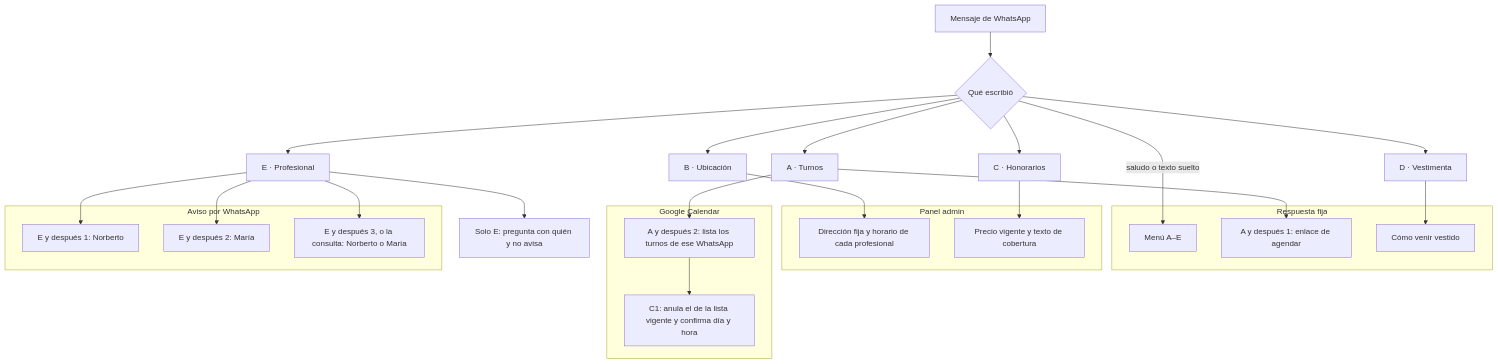
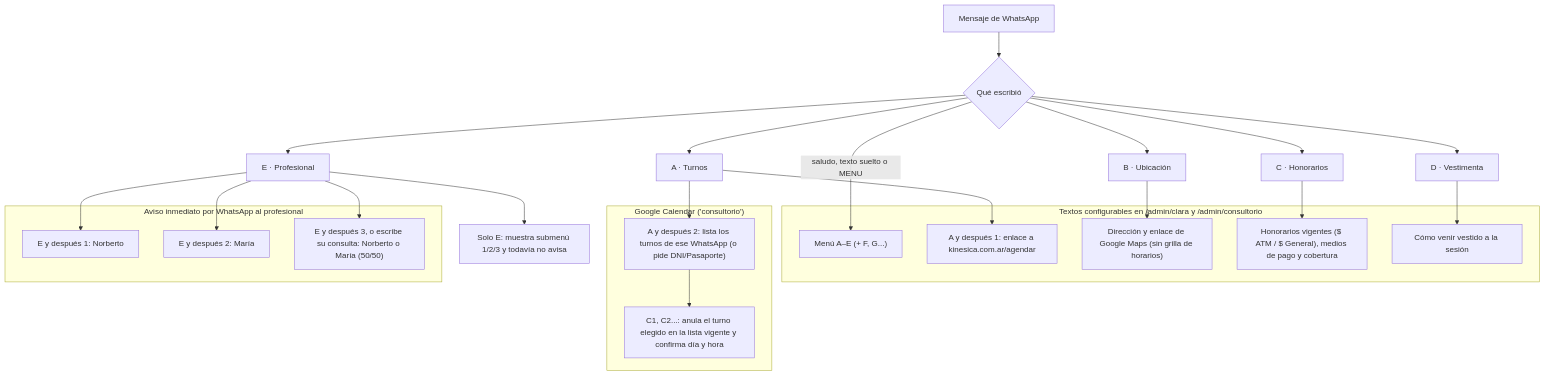
Before and after one commit to MartinBrude/kinesica: the first of 2 diagrams in docs/manual-clara.md, drawn with Mermaid. The commit also changed other lines of this file and 17 other files, not shown here.

Commit message:
chore(admin,docs): restringir manual y recursos de admin solo a usuarios autorizados y actualizar documentacion

````diff
--- a/docs/manual-clara.md
+++ b/docs/manual-clara.md
@@ -184,44 +194,41 @@
 ```mermaid
 flowchart TD
   msg["Mensaje de WhatsApp"] --> opcion{"Qué escribió"}
 
-  opcion -->|"saludo o texto suelto"| menu["Menú A–E"]
+  opcion -->|"saludo, texto suelto o MENU"| menu["Menú A–E (+ F, G...)"]
   opcion --> turnos["A · Turnos"]
   opcion --> lugar["B · Ubicación"]
   opcion --> precios["C · Honorarios"]
   opcion --> ropa["D · Vestimenta"]
   opcion --> quien["E · Profesional"]
 
-  subgraph fijo ["Respuesta fija"]
+  subgraph admin ["Textos configurables en /admin/clara y /admin/consultorio"]
     menu
-    enlace["A y después 1: enlace de agendar"]
-    ropaTxt["Cómo venir vestido"]
+    enlace["A y después 1: enlace a kinesica.com.ar/agendar"]
+    lugarTxt["Dirección y enlace de Google Maps (sin grilla de horarios)"]
+    preciosTxt["Honorarios vigentes ($ ATM / $ General), medios de pago y cobertura"]
+    ropaTxt["Cómo venir vestido a la sesión"]
   end
 
-  subgraph admin ["Panel admin"]
-    lugarTxt["Dirección fija y horario de cada profesional"]
-    preciosTxt["Precio vigente y texto de cobertura"]
+  subgraph calendario ["Google Calendar ('consultorio')"]
+    lista["A y después 2: lista los turnos de ese WhatsApp (o pide DNI/Pasaporte)"]
+    anula["C1, C2...: anula el turno elegido en la lista vigente y confirma día y hora"]
   end
 
-  subgraph calendario ["Google Calendar"]
-    lista["A y después 2: lista los turnos de ese WhatsApp"]
-    anula["C1: anula el de la lista vigente y confirma día y hora"]
-  end
-
-  subgraph aviso ["Aviso por WhatsApp"]
+  subgraph aviso ["Aviso inmediato por WhatsApp al profesional"]
     norberto["E y después 1: Norberto"]
     maria["E y después 2: María"]
-    equipo["E y después 3, o la consulta: Norberto o María"]
+    equipo["E y después 3, o escribe su consulta: Norberto o María (50/50)"]
   end
 
   turnos --> enlace
   turnos --> lista
   lista --> anula
   lugar --> lugarTxt
   precios --> preciosTxt
   ropa --> ropaTxt
-  quien --> pregunta["Solo E: pregunta con quién y no avisa"]
+  quien --> pregunta["Solo E: muestra submenú 1/2/3 y todavía no avisa"]
   quien --> norberto
   quien --> maria
   quien --> equipo
 ```
````
